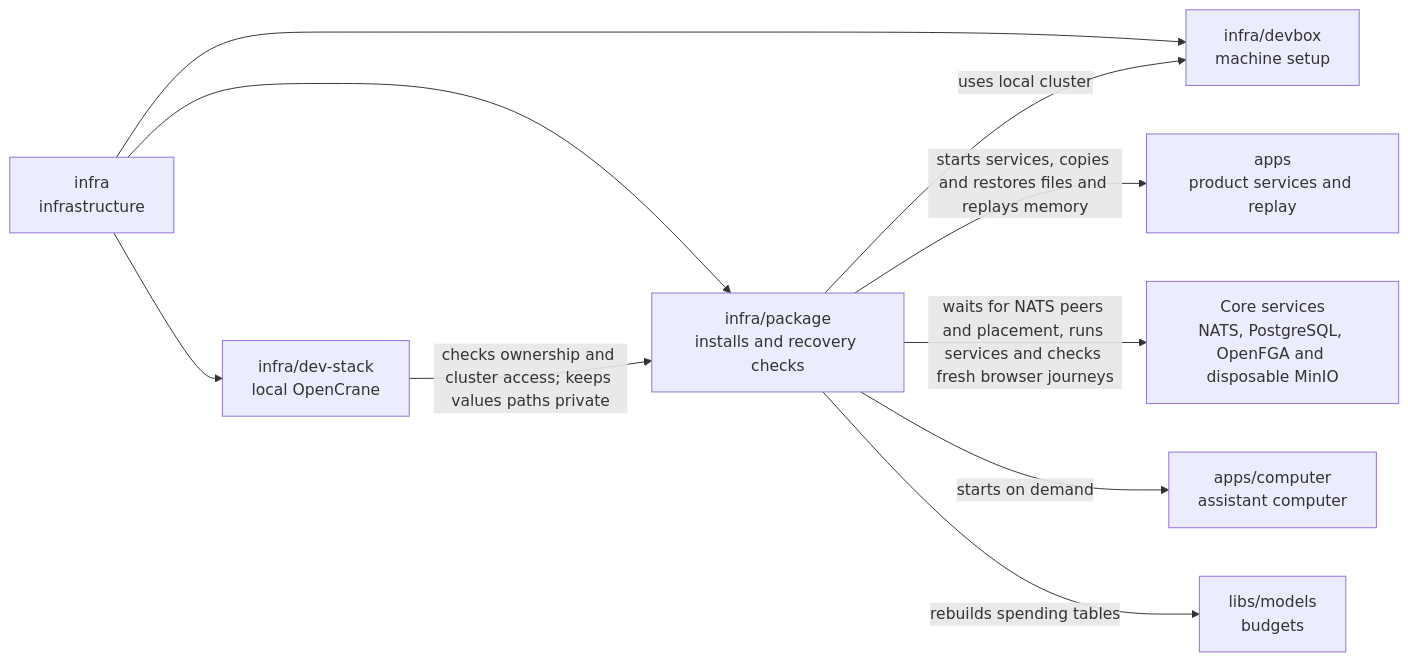
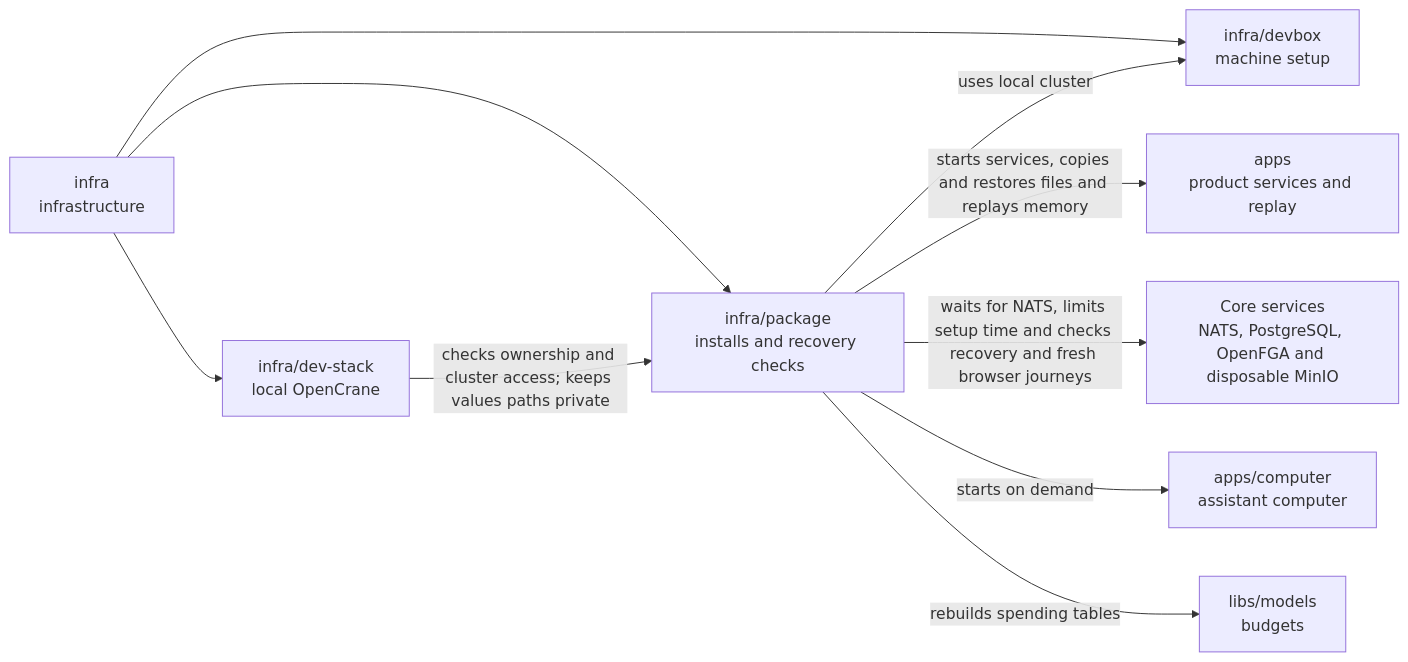
The diagram in infra/package/README.md (elewa-git/opencrane-new), drawn with Mermaid before and after one commit. The commit also changed other lines of this file and 3 other files, not shown here.

````diff
--- a/infra/package/README.md
+++ b/infra/package/README.md
@@ -19,12 +19,12 @@
 ```mermaid
 flowchart LR
   infra["infra<br/>infrastructure"] --> package["infra/package<br/>installs and recovery checks"]
   infra --> stack["infra/dev-stack<br/>local OpenCrane"]
   infra --> devbox["infra/devbox<br/>machine setup"]
   stack -->|checks ownership and cluster access; keeps values paths private| package
   package -->|uses local cluster| devbox
   package -->|starts services, copies and restores files and replays memory| apps["apps<br/>product services and replay"]
-  package -->|waits for NATS peers and placement, runs services and checks fresh browser journeys| services["Core services<br/>NATS, PostgreSQL, OpenFGA and disposable MinIO"]
+  package -->|waits for NATS, limits setup time and checks recovery and fresh browser journeys| services["Core services<br/>NATS, PostgreSQL, OpenFGA and disposable MinIO"]
   package -->|starts on demand| computer["apps/computer<br/>assistant computer"]
   package -->|rebuilds spending tables| models["libs/models<br/>budgets"]
 ```
````
